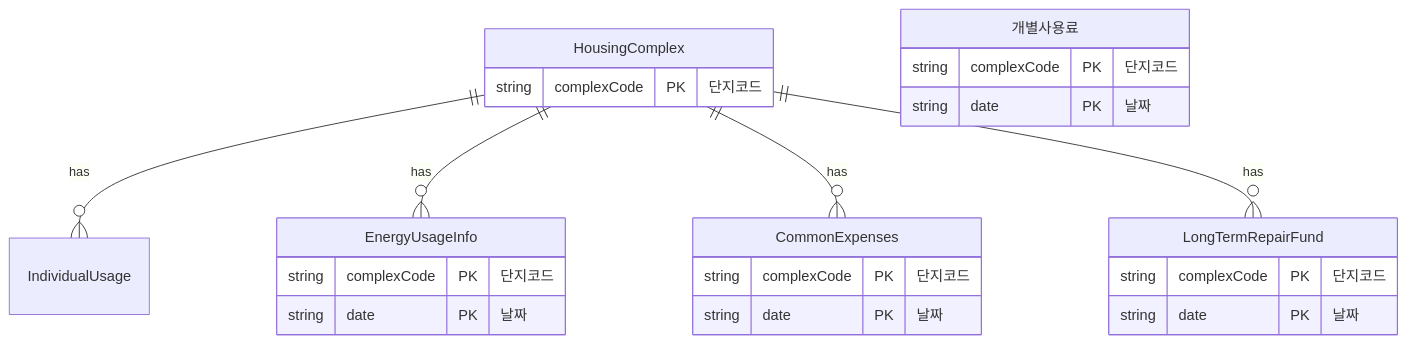
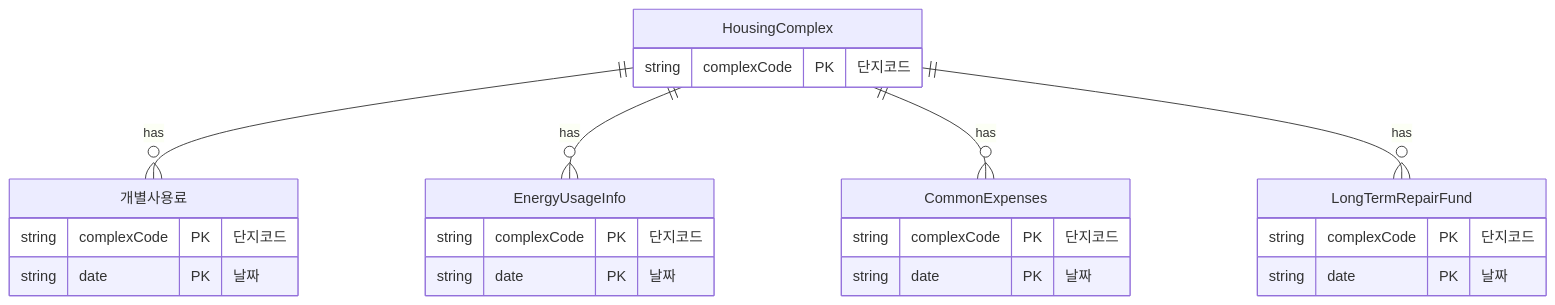
One commit to cheolwo/API-Service-for-Apartment-Houses-in-Korea changed the second of 2 diagrams in README.md. Above: the diagram before and after it, drawn with Mermaid.

````diff
--- a/README.md
+++ b/README.md
@@ -76,28 +76,28 @@
 ```mermaid
 erDiagram
-    HousingComplex ||--o{ IndividualUsage : has
+    HousingComplex ||--o{ "개별사용료" : has
     HousingComplex ||--o{ EnergyUsageInfo : has
     HousingComplex ||--o{ CommonExpenses : has
     HousingComplex ||--o{ LongTermRepairFund : has
 
-    개별사용료 {
+    "개별사용료" {
         string complexCode PK "단지코드"
         string date PK "날짜"
     }
     EnergyUsageInfo {
         string complexCode PK "단지코드"
         string date PK "날짜"
     }
     CommonExpenses {
         string complexCode PK "단지코드"
         string date PK "날짜"
     }
     LongTermRepairFund {
         string complexCode PK "단지코드"
         string date PK "날짜"
     }
     HousingComplex {
         string complexCode PK "단지코드"
     }
 
 ```
````
